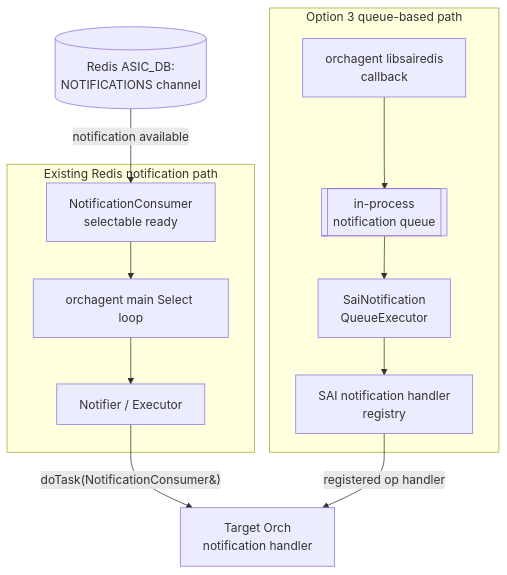
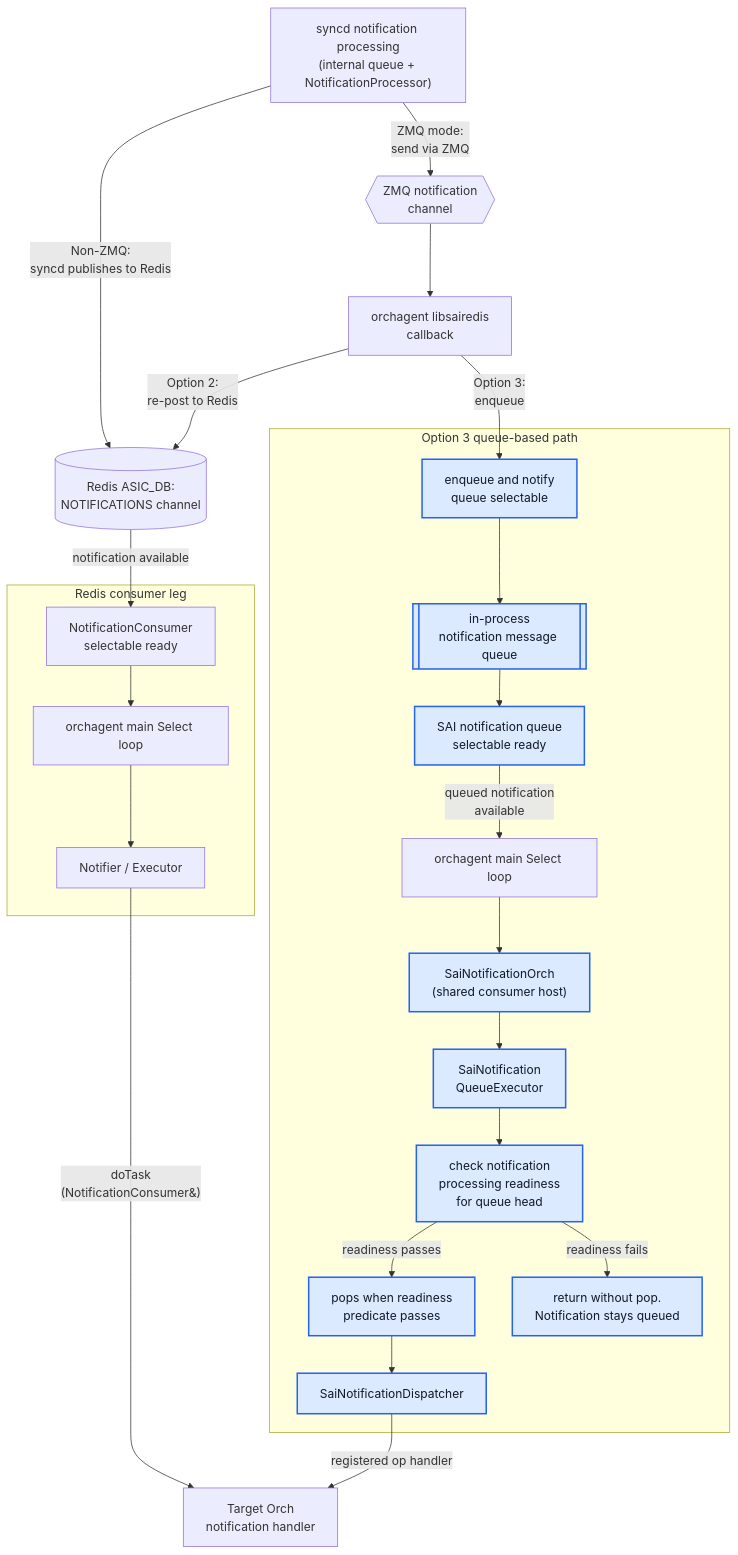
Before and after one commit to sonic-net/sonic-buildimage: the eighth of 10 diagrams in hld/zmq-southbound-sai-notification-handling.md, drawn with Mermaid. The commit also changed other lines of this file, not shown here.

First line of the commit message:
Update ZMQ SAI notification Option 3 HLD

````diff
--- a/hld/zmq-southbound-sai-notification-handling.md
+++ b/hld/zmq-southbound-sai-notification-handling.md
@@ -449,30 +537,54 @@
 ```mermaid
 flowchart TD
+    syncd["syncd notification processing<br/>(internal queue + NotificationProcessor)"]
+    zmq{{"ZMQ notification<br/>channel"}}
+    libsairedisCallback["orchagent libsairedis<br/>callback"]
+
     redisNotifications[("Redis ASIC_DB:<br/>NOTIFICATIONS channel")]
 
-    subgraph redisPath["Existing Redis notification path"]
+    subgraph redisPath["Redis consumer leg"]
         redisConsumerReady["NotificationConsumer<br/>selectable ready"]
         redisMainLoop["orchagent main Select loop"]
         notifier["Notifier / Executor"]
     end
 
     subgraph option3Path["Option 3 queue-based path"]
-        libsairedisCallback["orchagent libsairedis<br/>callback"]
-        notificationQueue[["in-process<br/>notification queue"]]
+        enqueueNotify["enqueue and notify<br/>queue selectable"]
+        notificationQueue[["in-process<br/>notification message queue"]]
+        queueSelectableReady["SAI notification queue<br/>selectable ready"]
+        option3MainLoop["orchagent main Select loop"]
+        saiNotificationOrch["SaiNotificationOrch<br/>(shared consumer host)"]
         queueExecutor["SaiNotification<br/>QueueExecutor"]
-        dispatcher["SAI notification handler<br/>registry"]
+        headPredicate["check notification<br/>processing readiness<br/>for queue head"]
+        queueDrain["pops when readiness<br/>predicate passes"]
+        stayQueued["return without pop.<br/>Notification stays queued"]
+        dispatcher["SaiNotificationDispatcher"]
     end
 
     targetHandler["Target Orch<br/>notification handler"]
 
+    syncd -->|"Non-ZMQ:<br/>syncd publishes to Redis"| redisNotifications
+    syncd -->|"ZMQ mode:<br/>send via ZMQ"| zmq
+    zmq --> libsairedisCallback
+    libsairedisCallback -->|"Option 2:<br/>re-post to Redis"| redisNotifications
+    libsairedisCallback -->|"Option 3:<br/>enqueue"| enqueueNotify
+
     redisNotifications -->|"notification available"| redisConsumerReady
     redisConsumerReady --> redisMainLoop
     redisMainLoop --> notifier
-    notifier -->|"doTask(NotificationConsumer&)"| targetHandler
+    notifier -->|"doTask<br/>(NotificationConsumer&)"| targetHandler
 
-    libsairedisCallback --> notificationQueue
-    notificationQueue --> queueExecutor
-    queueExecutor --> dispatcher
+    enqueueNotify --> notificationQueue
+    notificationQueue --> queueSelectableReady
+    queueSelectableReady -->|"queued notification<br/>available"| option3MainLoop
+    option3MainLoop --> saiNotificationOrch
+    saiNotificationOrch --> queueExecutor
+    queueExecutor --> headPredicate
+    headPredicate -->|"readiness passes"| queueDrain
+    headPredicate -->|"readiness fails"| stayQueued
+    queueDrain --> dispatcher
     dispatcher -->|"registered op handler"| targetHandler
 
+    classDef option3New fill:#dbeafe,stroke:#2563eb,stroke-width:2px,color:#111827
+    class enqueueNotify,notificationQueue,queueSelectableReady,saiNotificationOrch,queueExecutor,headPredicate,queueDrain,stayQueued,dispatcher option3New
 ```
````
